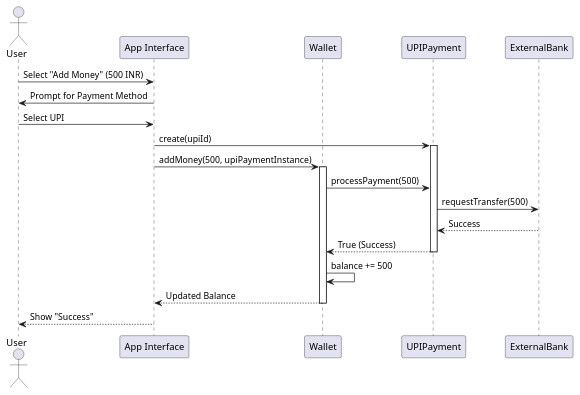
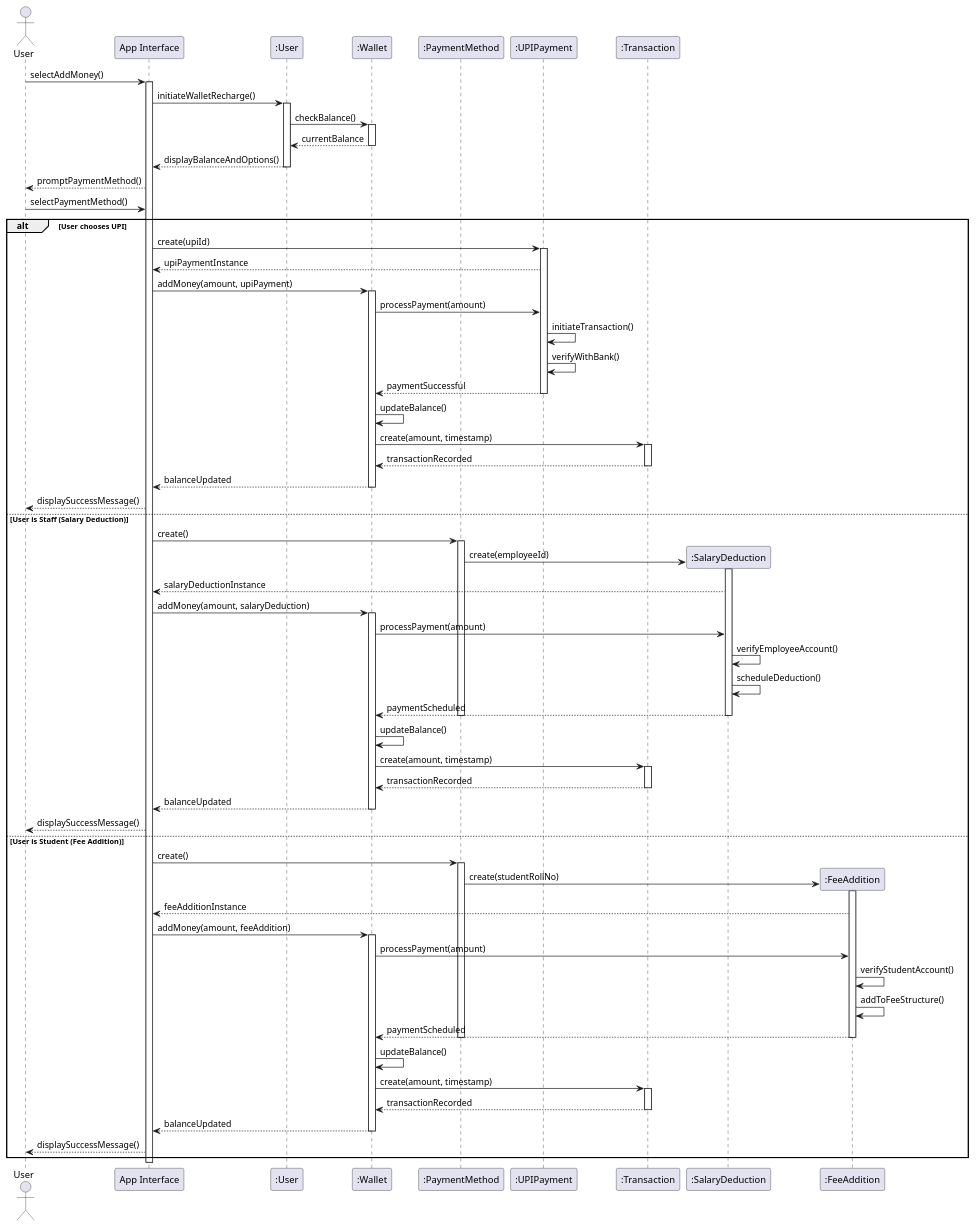
One commit to Kriti1908/se-the-1 changed the diagram in Diagrams/Manual/seq1.puml. Above: the diagram before and after it, drawn with PlantUML. The commit also changed 8 other files, not shown here.

Commit message:
fixed manual sequence diagrams

```diff
--- a/Diagrams/Manual/seq1.puml
+++ b/Diagrams/Manual/seq1.puml
@@ -1,27 +1,118 @@
-@startuml Scenario 1: User Adding Money to Wallet (Using UPI)
+@startuml User_Add_Money_to_Wallet
+
 actor User
 participant "App Interface" as App
-participant "Wallet" as Wallet
-participant "UPIPayment" as UPI
-participant "ExternalBank" as Bank
+participant ":User" as UserObj
+participant ":Wallet" as WalletObj
+participant ":PaymentMethod" as Payment
+participant ":UPIPayment" as UPI
+participant ":Transaction" as TransObj
 
-User -> App: Select "Add Money" (500 INR)
-App -> User: Prompt for Payment Method
-User -> App: Select UPI
-App -> UPI: create(upiId)
-activate UPI
+User -> App: selectAddMoney()
+activate App
 
-App -> Wallet: addMoney(500, upiPaymentInstance)
-activate Wallet
+App -> UserObj: initiateWalletRecharge()
+activate UserObj
 
-Wallet -> UPI: processPayment(500)
-UPI -> Bank: requestTransfer(500)
-Bank --> UPI: Success
-UPI --> Wallet: True (Success)
-deactivate UPI
+UserObj -> WalletObj: checkBalance()
+activate WalletObj
+WalletObj --> UserObj: currentBalance
+deactivate WalletObj
 
-Wallet -> Wallet: balance += 500
-Wallet --> App: Updated Balance
-deactivate Wallet
-App --> User: Show "Success"
+UserObj --> App: displayBalanceAndOptions()
+deactivate UserObj
+
+App --> User: promptPaymentMethod()
+
+User -> App: selectPaymentMethod()
+
+alt User chooses UPI
+    App -> UPI: create(upiId)
+    activate UPI
+    UPI --> App: upiPaymentInstance
+    
+    App -> WalletObj: addMoney(amount, upiPayment)
+    activate WalletObj
+    
+    WalletObj -> UPI: processPayment(amount)
+    UPI -> UPI: initiateTransaction()
+    UPI -> UPI: verifyWithBank()
+    UPI --> WalletObj: paymentSuccessful
+    deactivate UPI
+    
+    WalletObj -> WalletObj: updateBalance()
+    
+    WalletObj -> TransObj: create(amount, timestamp)
+    activate TransObj
+    TransObj --> WalletObj: transactionRecorded
+    deactivate TransObj
+    
+    WalletObj --> App: balanceUpdated
+    deactivate WalletObj
+    
+    App --> User: displaySuccessMessage()
+
+else User is Staff (Salary Deduction)
+    App -> Payment: create()
+    activate Payment
+    create participant ":SalaryDeduction" as Salary
+    Payment -> Salary: create(employeeId)
+    activate Salary
+    Salary --> App: salaryDeductionInstance
+    
+    App -> WalletObj: addMoney(amount, salaryDeduction)
+    activate WalletObj
+    
+    WalletObj -> Salary: processPayment(amount)
+    Salary -> Salary: verifyEmployeeAccount()
+    Salary -> Salary: scheduleDeduction()
+    Salary --> WalletObj: paymentScheduled
+    deactivate Salary
+    deactivate Payment
+    
+    WalletObj -> WalletObj: updateBalance()
+    
+    WalletObj -> TransObj: create(amount, timestamp)
+    activate TransObj
+    TransObj --> WalletObj: transactionRecorded
+    deactivate TransObj
+    
+    WalletObj --> App: balanceUpdated
+    deactivate WalletObj
+    
+    App --> User: displaySuccessMessage()
+
+else User is Student (Fee Addition)
+    App -> Payment: create()
+    activate Payment
+    create participant ":FeeAddition" as Fee
+    Payment -> Fee: create(studentRollNo)
+    activate Fee
+    Fee --> App: feeAdditionInstance
+    
+    App -> WalletObj: addMoney(amount, feeAddition)
+    activate WalletObj
+    
+    WalletObj -> Fee: processPayment(amount)
+    Fee -> Fee: verifyStudentAccount()
+    Fee -> Fee: addToFeeStructure()
+    Fee --> WalletObj: paymentScheduled
+    deactivate Fee
+    deactivate Payment
+    
+    WalletObj -> WalletObj: updateBalance()
+    
+    WalletObj -> TransObj: create(amount, timestamp)
+    activate TransObj
+    TransObj --> WalletObj: transactionRecorded
+    deactivate TransObj
+    
+    WalletObj --> App: balanceUpdated
+    deactivate WalletObj
+    
+    App --> User: displaySuccessMessage()
+end
+
+deactivate App
+
 @enduml
```
